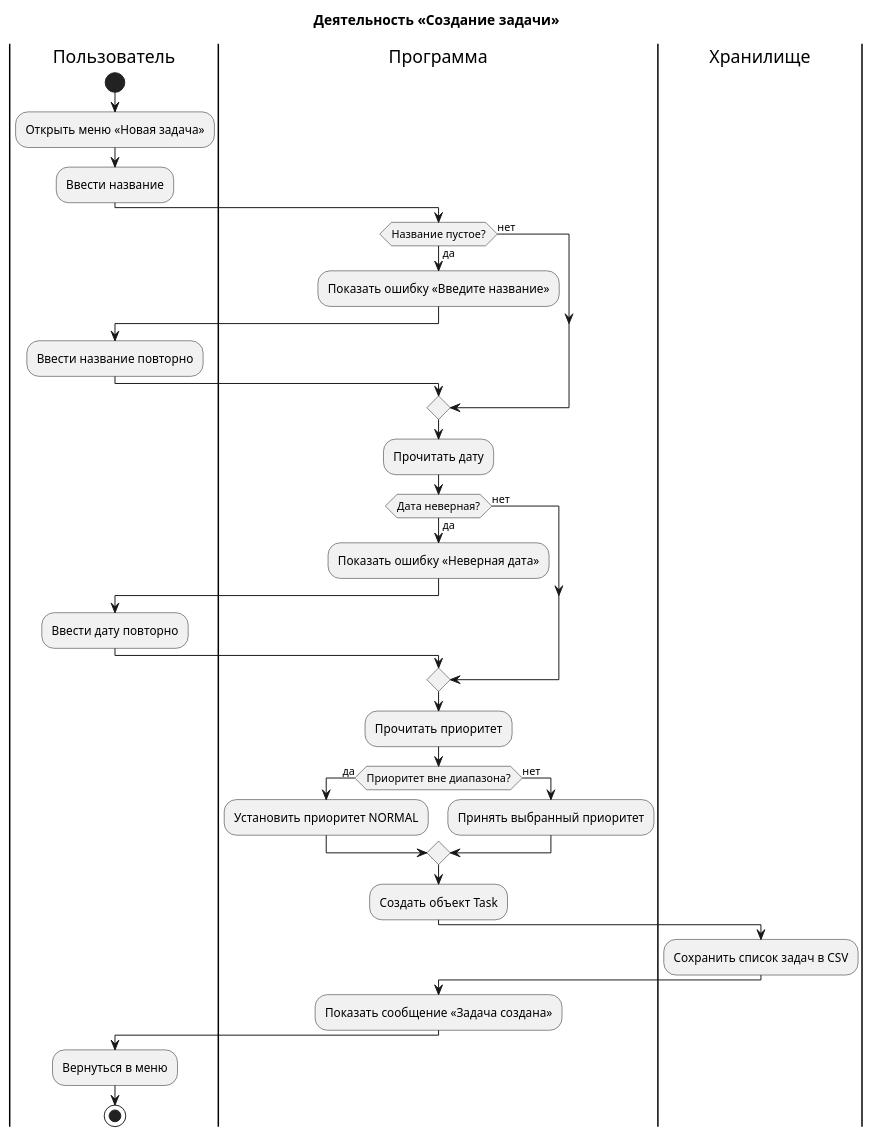
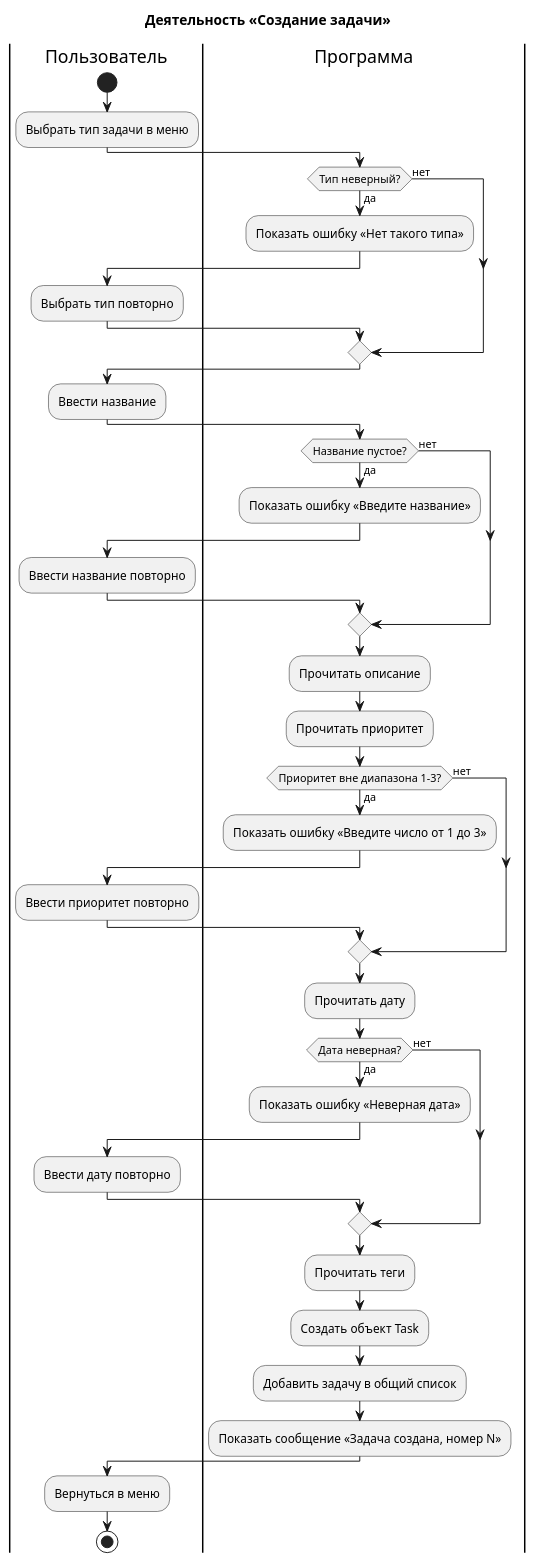
One commit to Ruslan1209/TaskFlow changed the diagram in docs/uml/03_activity_create.puml. Above: the diagram before and after it, drawn with PlantUML.

```diff
--- a/docs/uml/03_activity_create.puml
+++ b/docs/uml/03_activity_create.puml
@@ -1,38 +1,49 @@
-@startuml
+
 title Деятельность «Создание задачи»
 
 |Пользователь|
 start
-:Открыть меню «Новая задача»;
+:Выбрать тип задачи в меню;
+|Программа|
+if (Тип неверный?) then (да)
+  :Показать ошибку «Нет такого типа»;
+  |Пользователь|
+  :Выбрать тип повторно;
+  |Программа|
+else (нет)
+endif
+|Пользователь|
 :Ввести название;
 |Программа|
 if (Название пустое?) then (да)
   :Показать ошибку «Введите название»;
   |Пользователь|
   :Ввести название повторно;
+  |Программа|
+else (нет)
+endif
+:Прочитать описание;
+:Прочитать приоритет;
+if (Приоритет вне диапазона 1–3?) then (да)
+  :Показать ошибку «Введите число от 1 до 3»;
+  |Пользователь|
+  :Ввести приоритет повторно;
   |Программа|
 else (нет)
 endif
 :Прочитать дату;
 if (Дата неверная?) then (да)
   :Показать ошибку «Неверная дата»;
   |Пользователь|
   :Ввести дату повторно;
   |Программа|
 else (нет)
 endif
-:Прочитать приоритет;
-if (Приоритет вне диапазона?) then (да)
-  :Установить приоритет NORMAL;
-else (нет)
-  :Принять выбранный приоритет;
-endif
+:Прочитать теги;
 :Создать объект Task;
-|Хранилище|
-:Сохранить список задач в CSV;
-|Программа|
-:Показать сообщение «Задача создана»;
+:Добавить задачу в общий список;
+:Показать сообщение «Задача создана, номер N»;
 |Пользователь|
 :Вернуться в меню;
 stop
 @enduml
```
